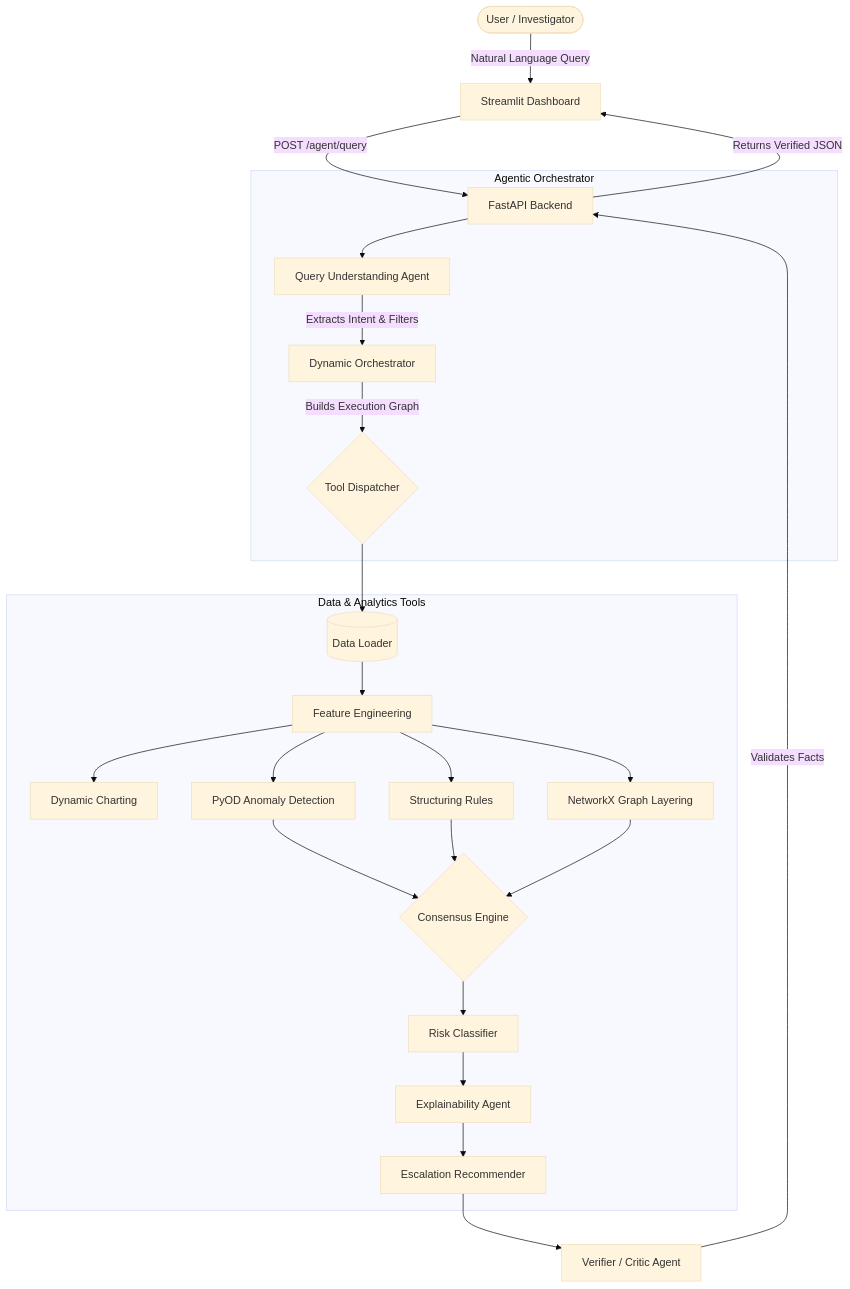
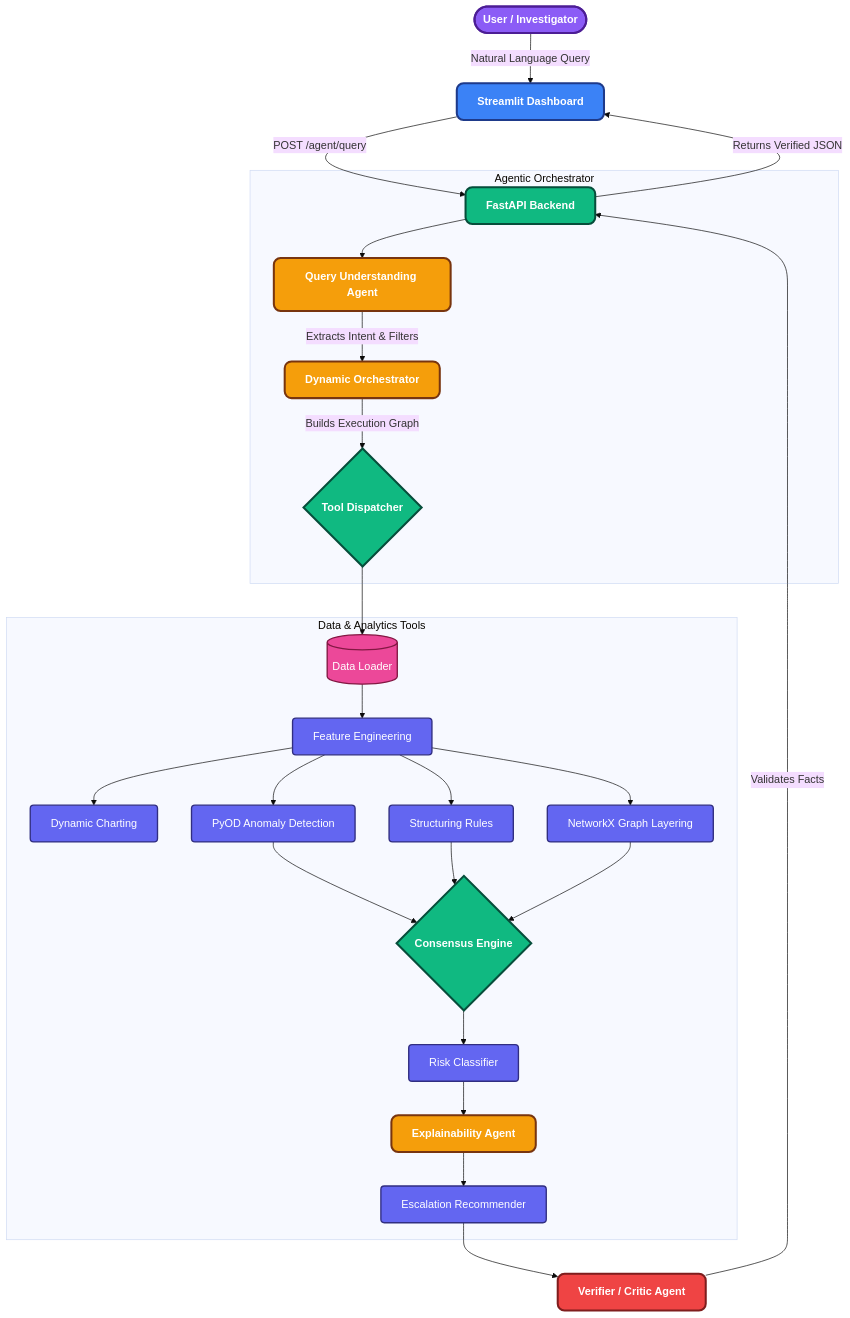
One commit to Shivam2005Goel/Activity-detection changed the diagram in README.md. Above: the diagram before and after it, drawn with Mermaid (base theme). The commit also changed 1 other file, not shown here.

Commit message:
docs: enhance mermaid diagram with beautiful custom styling and colors

````diff
--- a/README.md
+++ b/README.md
@@ -28,33 +28,42 @@
 ```mermaid
 graph TD
-    User([User / Investigator]) -->|Natural Language Query| UI[Streamlit Dashboard]
-    UI -->|POST /agent/query| API[FastAPI Backend]
+    %% Custom Styles
+    classDef userNode fill:#8B5CF6,stroke:#4C1D95,stroke-width:3px,color:#fff,font-weight:bold,rx:10,ry:10
+    classDef ui fill:#3B82F6,stroke:#1E3A8A,stroke-width:3px,color:#fff,font-weight:bold,rx:10,ry:10
+    classDef core fill:#10B981,stroke:#064E3B,stroke-width:3px,color:#fff,font-weight:bold,rx:10,ry:10
+    classDef agent fill:#F59E0B,stroke:#78350F,stroke-width:3px,color:#fff,font-weight:bold,rx:10,ry:10
+    classDef tool fill:#6366F1,stroke:#312E81,stroke-width:2px,color:#fff,rx:5,ry:5
+    classDef db fill:#EC4899,stroke:#831843,stroke-width:2px,color:#fff,rx:5,ry:5
+    classDef critic fill:#EF4444,stroke:#7F1D1D,stroke-width:3px,color:#fff,font-weight:bold,rx:10,ry:10
+
+    User([User / Investigator]):::userNode -->|Natural Language Query| UI[Streamlit Dashboard]:::ui
+    UI -->|POST /agent/query| API[FastAPI Backend]:::core
     
     subgraph Agentic Orchestrator
-        API --> QU[Query Understanding Agent]
-        QU -->|Extracts Intent & Filters| Planner[Dynamic Orchestrator]
-        Planner -->|Builds Execution Graph| Tools{Tool Dispatcher}
+        API --> QU[Query Understanding Agent]:::agent
+        QU -->|Extracts Intent & Filters| Planner[Dynamic Orchestrator]:::agent
+        Planner -->|Builds Execution Graph| Tools{Tool Dispatcher}:::core
     end
     
     subgraph Data & Analytics Tools
-        Tools --> DL[(Data Loader)]
-        DL --> FE[Feature Engineering]
-        FE --> EDA[Dynamic Charting]
+        Tools --> DL[(Data Loader)]:::db
+        DL --> FE[Feature Engineering]:::tool
+        FE --> EDA[Dynamic Charting]:::tool
         
-        FE --> ML[PyOD Anomaly Detection]
-        FE --> SR[Structuring Rules]
-        FE --> GL[NetworkX Graph Layering]
+        FE --> ML[PyOD Anomaly Detection]:::tool
+        FE --> SR[Structuring Rules]:::tool
+        FE --> GL[NetworkX Graph Layering]:::tool
         
-        ML --> CE{Consensus Engine}
+        ML --> CE{Consensus Engine}:::core
         SR --> CE
         GL --> CE
         
-        CE --> RC[Risk Classifier]
-        RC --> EX[Explainability Agent]
-        EX --> Esc[Escalation Recommender]
+        CE --> RC[Risk Classifier]:::tool
+        RC --> EX[Explainability Agent]:::agent
+        EX --> Esc[Escalation Recommender]:::tool
     end
     
-    Esc --> Verifier[Verifier / Critic Agent]
+    Esc --> Verifier[Verifier / Critic Agent]:::critic
     Verifier -->|Validates Facts| API
     API -->|Returns Verified JSON| UI
 ```
````
